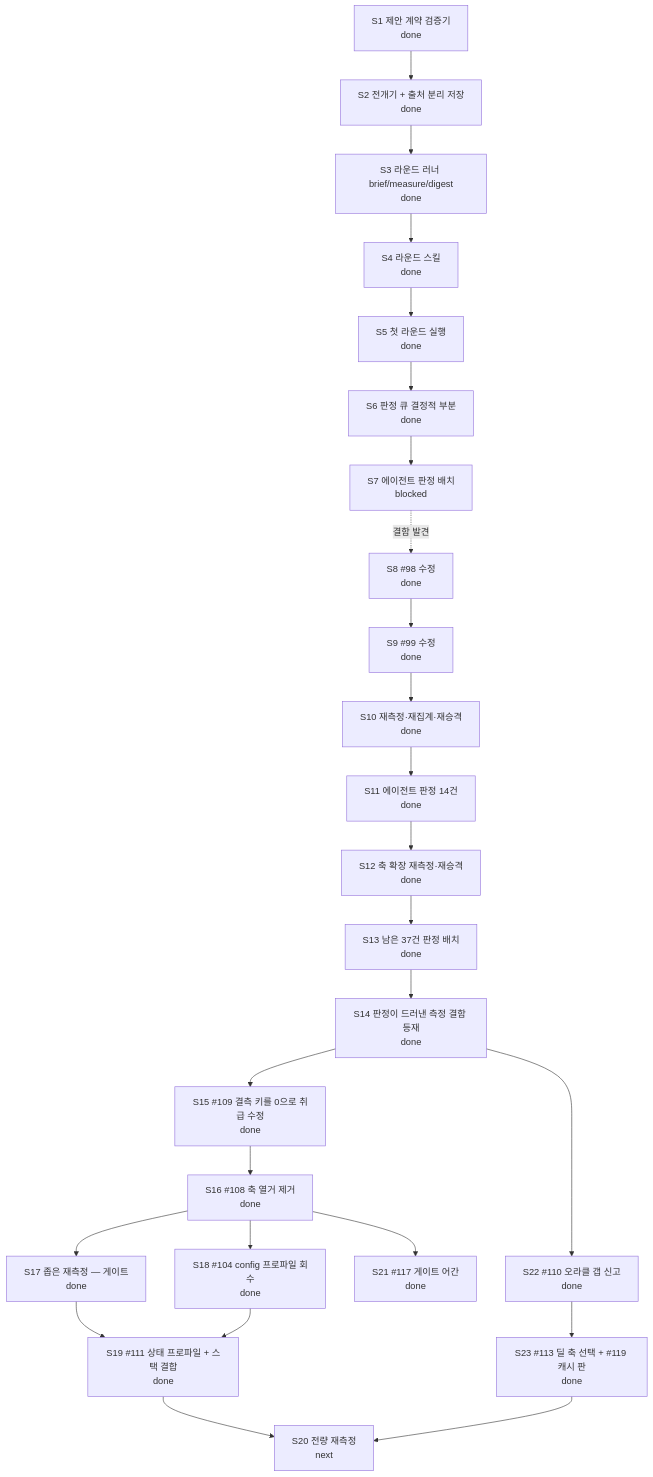
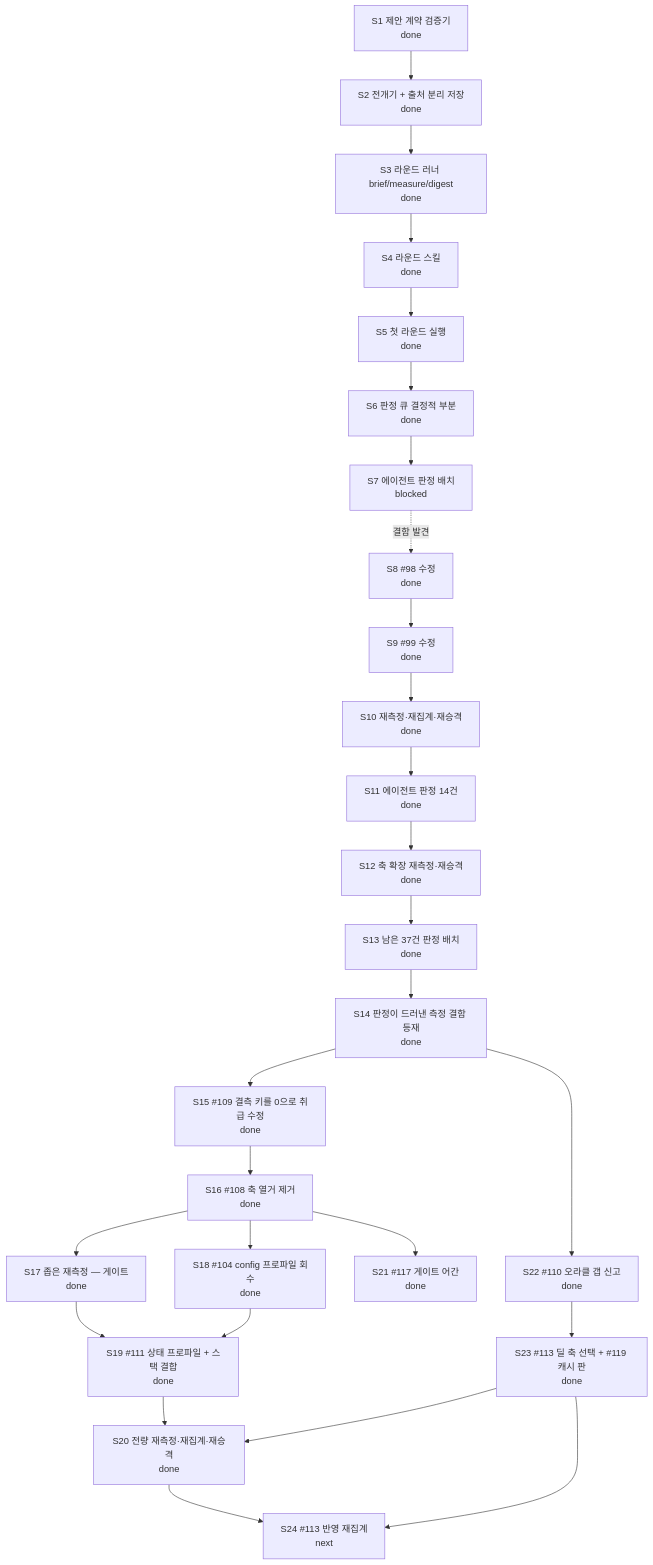
Before and after one commit to skerfolg/poe2-ai-wiki: the diagram in docs/CURRENT-PLAN.md, drawn with Mermaid. The commit also changed other lines of this file, not shown here.

First line of the commit message:
S20을 닫고 지시문을 S24로 — 머지된 일이 `next`로 남아 있었다

````diff
--- a/docs/CURRENT-PLAN.md
+++ b/docs/CURRENT-PLAN.md
@@ -23,33 +23,36 @@
 ```mermaid
 flowchart TD
   CONTRACT[S1 제안 계약 검증기<br/>done]
   FLOW[S2 전개기 + 출처 분리 저장<br/>done]
   ROUND[S3 라운드 러너 brief/measure/digest<br/>done]
   SKILL[S4 라운드 스킬<br/>done]
   FIRST[S5 첫 라운드 실행<br/>done]
   NECESS[S6 판정 큐 결정적 부분<br/>done]
   JUDGE[S7 에이전트 판정 배치<br/>blocked]
   FIX[S8 #98 수정<br/>done]
   REMEAS[S9 #99 수정<br/>done]
   REAGG[S10 재측정·재집계·재승격<br/>done]
   RESUME[S11 에이전트 판정 14건<br/>done]
   AXES[S12 축 확장 재측정·재승격<br/>done]
   NEXT2[S13 남은 37건 판정 배치<br/>done]
   DEF[S14 판정이 드러낸 측정 결함 등재<br/>done]
   FIXDELTA[S15 #109 결측 키를 0으로 취급 수정<br/>done]
   WIDEN[S16 #108 축 열거 제거<br/>done]
   NARROW[S17 좁은 재측정 — 게이트<br/>done]
   CFG[S18 #104 config 프로파일 회수<br/>done]
   CPL[S19 #111 상태 프로파일 + 스택 결합<br/>done]
-  FULL[S20 전량 재측정<br/>next]
+  FULL[S20 전량 재측정·재집계·재승격<br/>done]
   STEM[S21 #117 게이트 어간<br/>done]
   ORACLE[S22 #110 오라클 갭 신고<br/>done]
   AXIS[S23 #113 딜 축 선택 + #119 캐시 판<br/>done]
+  REAGG2[S24 #113 반영 재집계<br/>next]
   CONTRACT --> FLOW --> ROUND --> SKILL --> FIRST --> NECESS --> JUDGE
   JUDGE -. 결함 발견 .-> FIX --> REMEAS --> REAGG --> RESUME --> AXES --> NEXT2
   NEXT2 --> DEF --> FIXDELTA --> WIDEN --> NARROW --> CPL --> FULL
   WIDEN --> CFG --> CPL
   WIDEN --> STEM
   DEF --> ORACLE
   ORACLE --> AXIS --> FULL
+  FULL --> REAGG2
+  AXIS --> REAGG2
 ```
````
